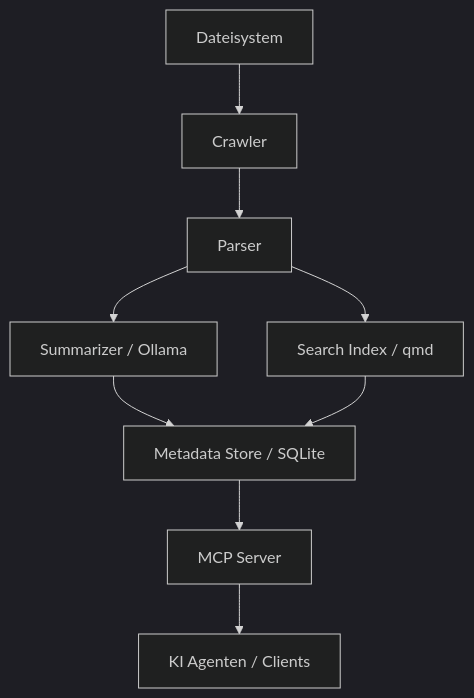
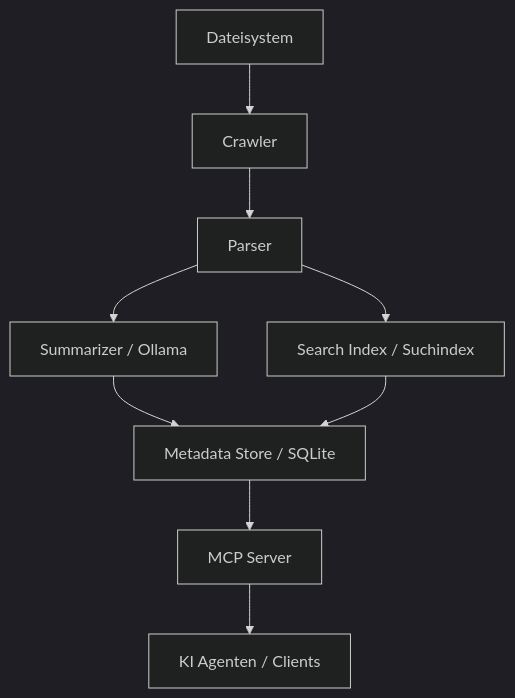
Before and after one commit to dgaida/academic-memory-mcp: the diagram in docs/de/index.md, drawn with Mermaid (dark theme). The commit also changed 15 other files, not shown here.

First line of the commit message:
fix: remove external qmd dependency and implement native hybrid search

````diff
--- a/docs/de/index.md
+++ b/docs/de/index.md
@@ -42,11 +42,11 @@
 ```mermaid
 graph TD
     A[Dateisystem] --> B[Crawler]
     B --> C[Parser]
     C --> D[Summarizer / Ollama]
-    C --> E[Search Index / qmd]
+    C --> E[Search Index / Suchindex]
     D --> F[Metadata Store / SQLite]
     E --> F
     F --> G[MCP Server]
     G --> H[KI Agenten / Clients]
 ```
````
